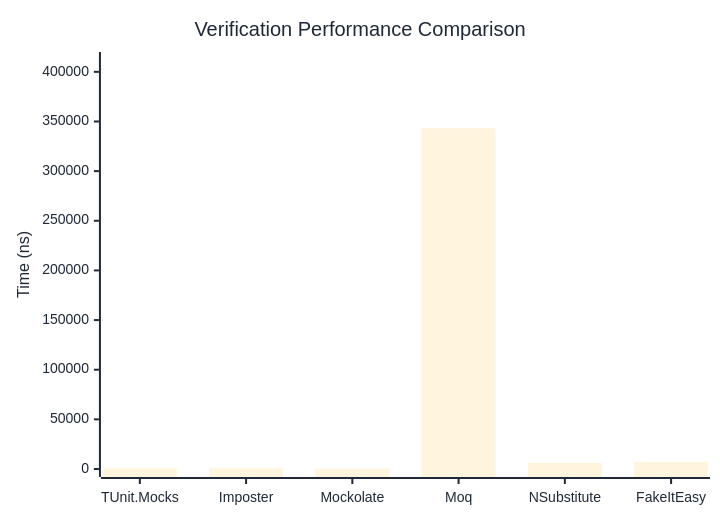
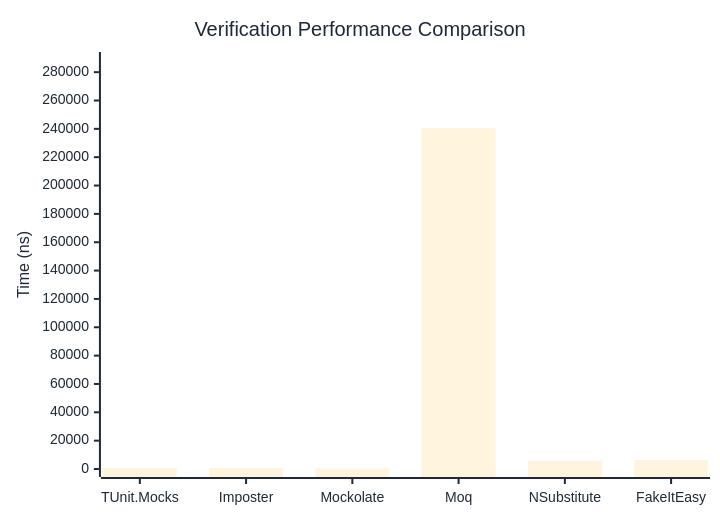
One commit to thomhurst/TUnit changed the first of 3 diagrams in docs/docs/benchmarks/mocks/Verification.md. Above: the diagram before and after it, drawn with Mermaid. The commit also changed other lines of this file and 14 other files, not shown here.

````diff
--- a/docs/docs/benchmarks/mocks/Verification.md
+++ b/docs/docs/benchmarks/mocks/Verification.md
@@ -28,27 +28,27 @@
 ```mermaid
 %%{init: {
   'theme':'base',
   'themeVariables': {
     'primaryColor': '#2563eb',
     'primaryTextColor': '#1f2937',
     'primaryBorderColor': '#1e40af',
     'lineColor': '#6b7280',
     'secondaryColor': '#7c3aed',
     'tertiaryColor': '#dc2626',
     'background': '#ffffff',
     'pie1': '#2563eb',
     'pie2': '#7c3aed',
     'pie3': '#dc2626',
     'pie4': '#f59e0b',
     'pie5': '#10b981',
     'pie6': '#06b6d4',
     'pie7': '#ec4899',
     'pie8': '#6366f1'
   }
 }}%%
 xychart-beta
   title "Verification Performance Comparison"
   x-axis ["TUnit.Mocks", "Imposter", "Mockolate", "Moq", "NSubstitute", "FakeItEasy"]
-  y-axis "Time (ns)" 0 --> 411918
-  bar [684.54, 682.82, 413.12, 343264.62, 6181.42, 7205.94]
+  y-axis "Time (ns)" 0 --> 288572
+  bar [731.54, 704.15, 402.06, 240476.37, 5855.83, 6368.42]
 ```
````
